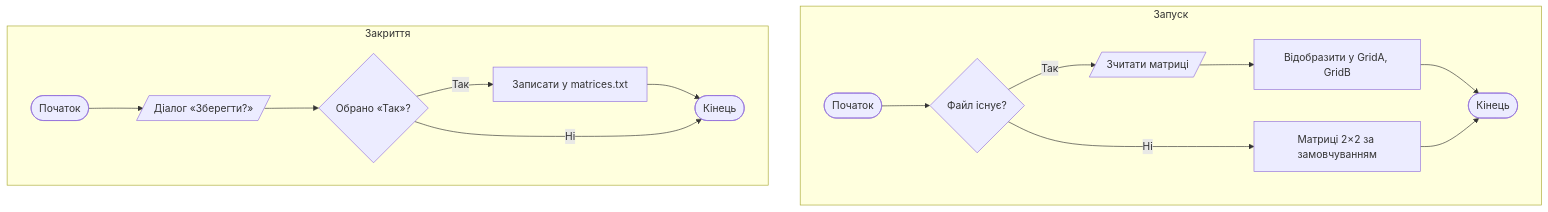
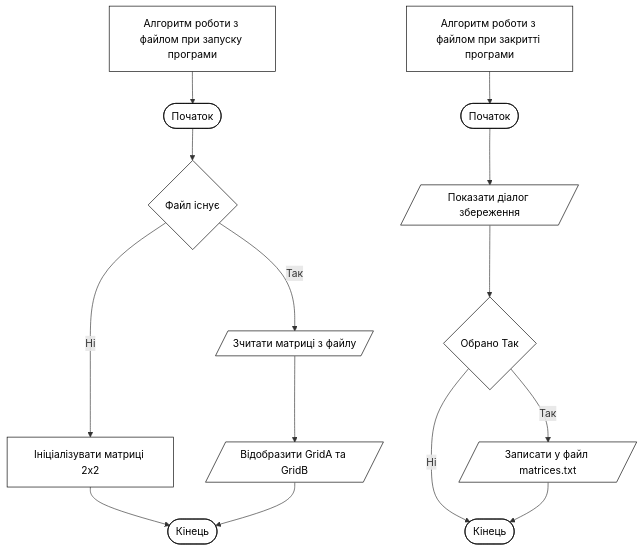
The second of 2 diagrams in README.md (nata0008/Matrix_Calculator), drawn with Mermaid before and after one commit. The commit also changed other lines of this file, not shown here.

Commit message:
README.md

````diff
--- a/README.md
+++ b/README.md
@@ -70,18 +80,34 @@
 ```mermaid
-flowchart TD
-    subgraph launch ["Запуск"]
-        S1([Початок]) --> Q1{Файл існує?}
-        Q1 -- Так --> R1[/Зчитати матриці/]
-        R1 --> R2[Відобразити у GridA, GridB]
-        R2 --> E1([Кінець])
-        Q1 -- Ні --> R3[Матриці 2×2 за замовчуванням]
-        R3 --> E1
-    end
-    subgraph closing ["Закриття"]
-        S2([Початок]) --> D1[/Діалог «Зберегти?»/]
-        D1 --> Q2{Обрано «Так»?}
-        Q2 -- Так --> W1[Записати у matrices.txt]
-        W1 --> E2([Кінець])
-        Q2 -- Ні --> E2
-    end
+flowchart TB
+
+%% -------- ПІДПИС 1 --------
+T1["Алгоритм роботи з файлом при запуску програми"]
+
+T1 --> A([Початок])
+A --> B{Файл існує}
+
+B -- Ні --> C[Ініціалізувати матриці 2x2]
+C --> F([Кінець])
+
+B -- Так --> D[/Зчитати матриці з файлу/]
+D --> E[/Відобразити GridA та GridB/]
+E --> F
+
+
+%% -------- ПІДПИС 2 --------
+T2["Алгоритм роботи з файлом при закритті програми"]
+
+T2 --> A2([Початок])
+A2 --> B2[/Показати діалог збереження/]
+B2 --> C2{Обрано Так}
+
+C2 -- Ні --> F2([Кінець])
+
+C2 -- Так --> D2[/Записати у файл matrices.txt/]
+D2 --> F2
+
+
+%% -------- СТИЛЬ --------
+classDef bw fill:#ffffff,stroke:#000000,color:#000000;
+class A,B,C,D,E,F,A2,B2,C2,D2,F2,T1,T2 bw;
 ```
````
